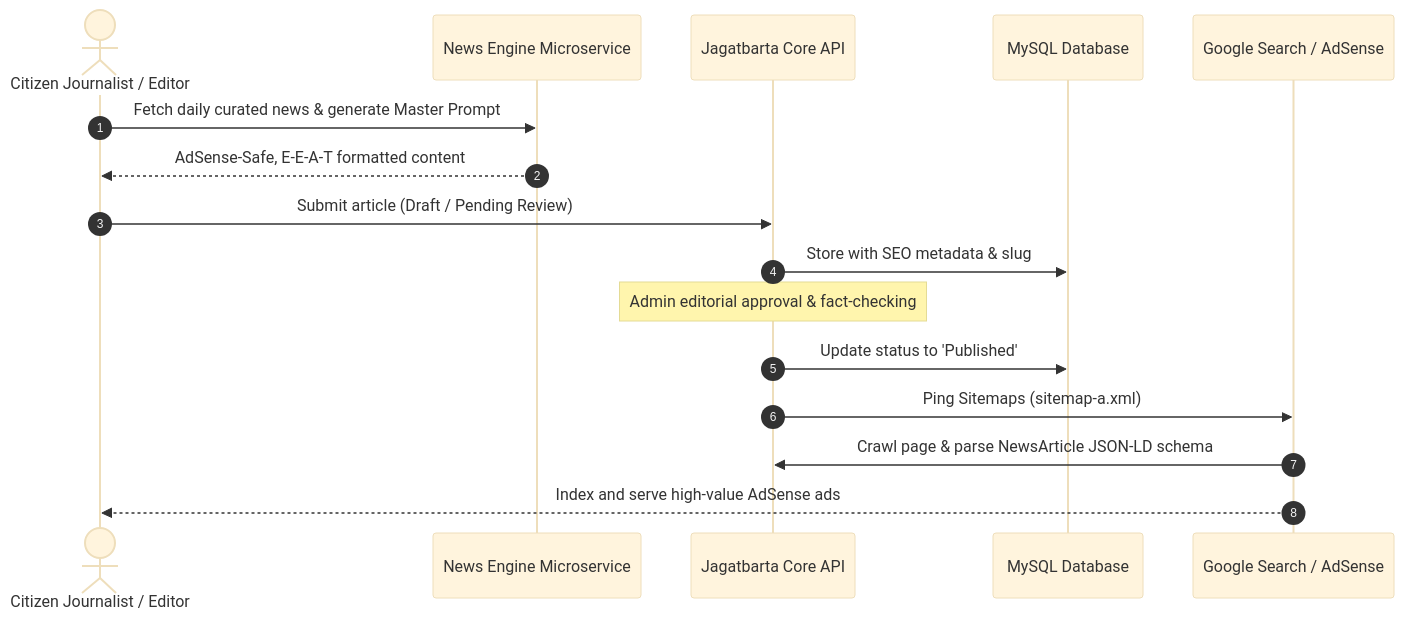
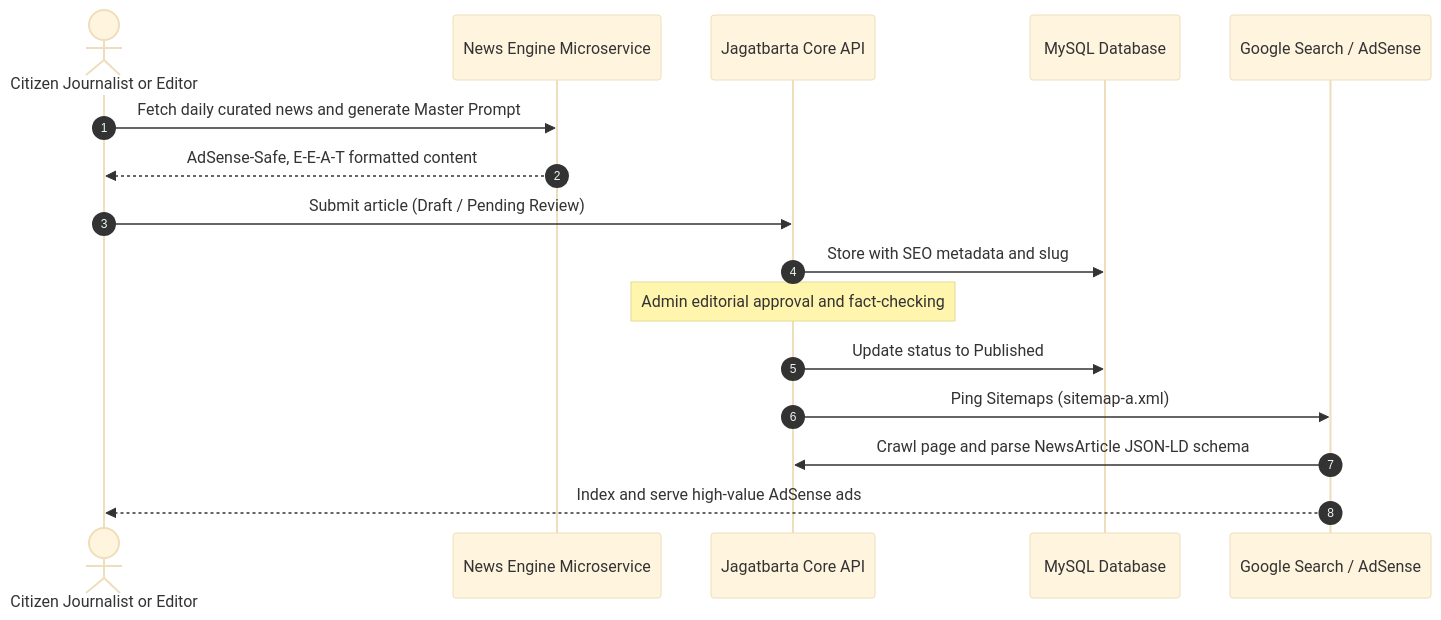
The second of 2 diagrams in docs/ARCHITECTURE.md (shajibsikder/jagatbarta-platform), drawn with Mermaid (base theme) before and after one commit. The commit also changed other lines of this file and 4 other files, not shown here.

Commit message:
docs: streamline README and architecture diagram with minimalist, robust GitHub Mermaid formatting

````diff
--- a/docs/ARCHITECTURE.md
+++ b/docs/ARCHITECTURE.md
@@ -74,19 +64,19 @@
 ```mermaid
 sequenceDiagram
     autonumber
-    actor Reporter as Citizen Journalist / Editor
+    actor Reporter as Citizen Journalist or Editor
     participant Engine as News Engine Microservice
     participant Core as Jagatbarta Core API
     participant DB as MySQL Database
     participant Google as Google Search / AdSense
 
-    Reporter->>Engine: Fetch daily curated news & generate Master Prompt
+    Reporter->>Engine: Fetch daily curated news and generate Master Prompt
     Engine-->>Reporter: AdSense-Safe, E-E-A-T formatted content
     Reporter->>Core: Submit article (Draft / Pending Review)
-    Core->>DB: Store with SEO metadata & slug
-    Note over Core: Admin editorial approval & fact-checking
-    Core->>DB: Update status to 'Published'
+    Core->>DB: Store with SEO metadata and slug
+    Note over Core: Admin editorial approval and fact-checking
+    Core->>DB: Update status to Published
     Core->>Google: Ping Sitemaps (sitemap-a.xml)
-    Google->>Core: Crawl page & parse NewsArticle JSON-LD schema
+    Google->>Core: Crawl page and parse NewsArticle JSON-LD schema
     Google-->>Reporter: Index and serve high-value AdSense ads
 ```
````
